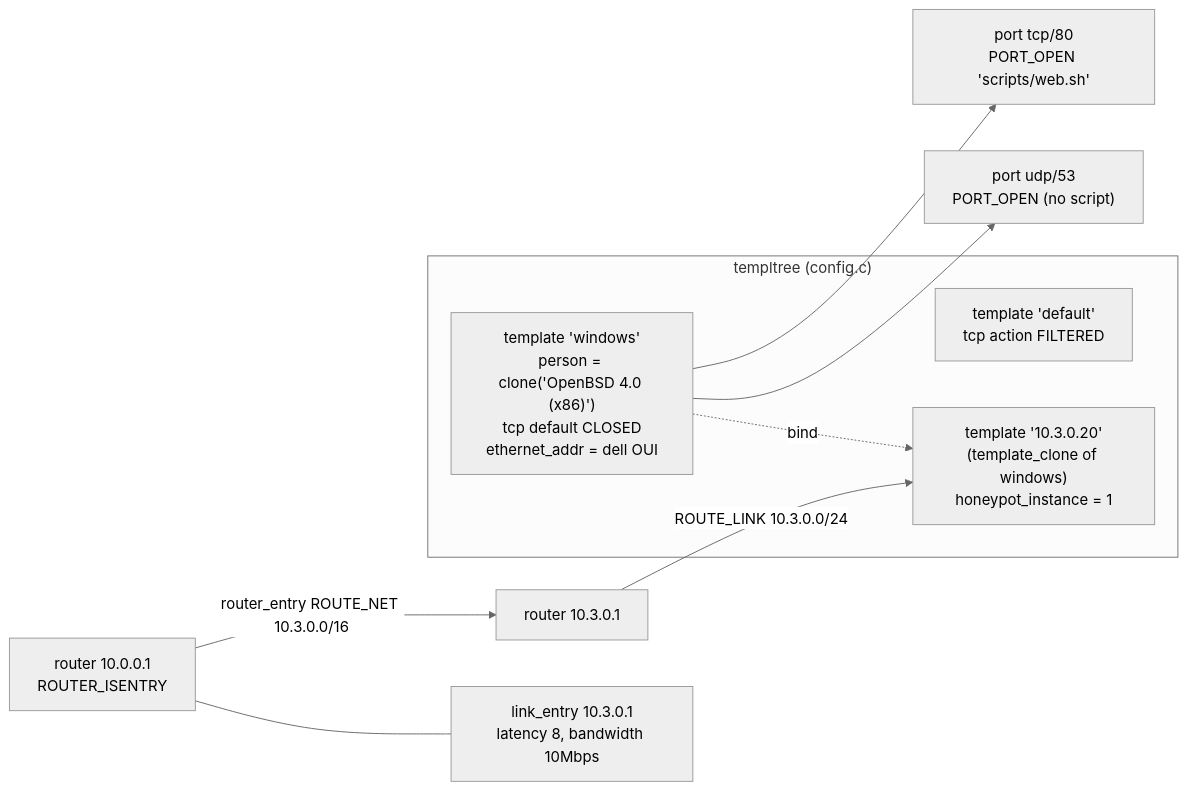
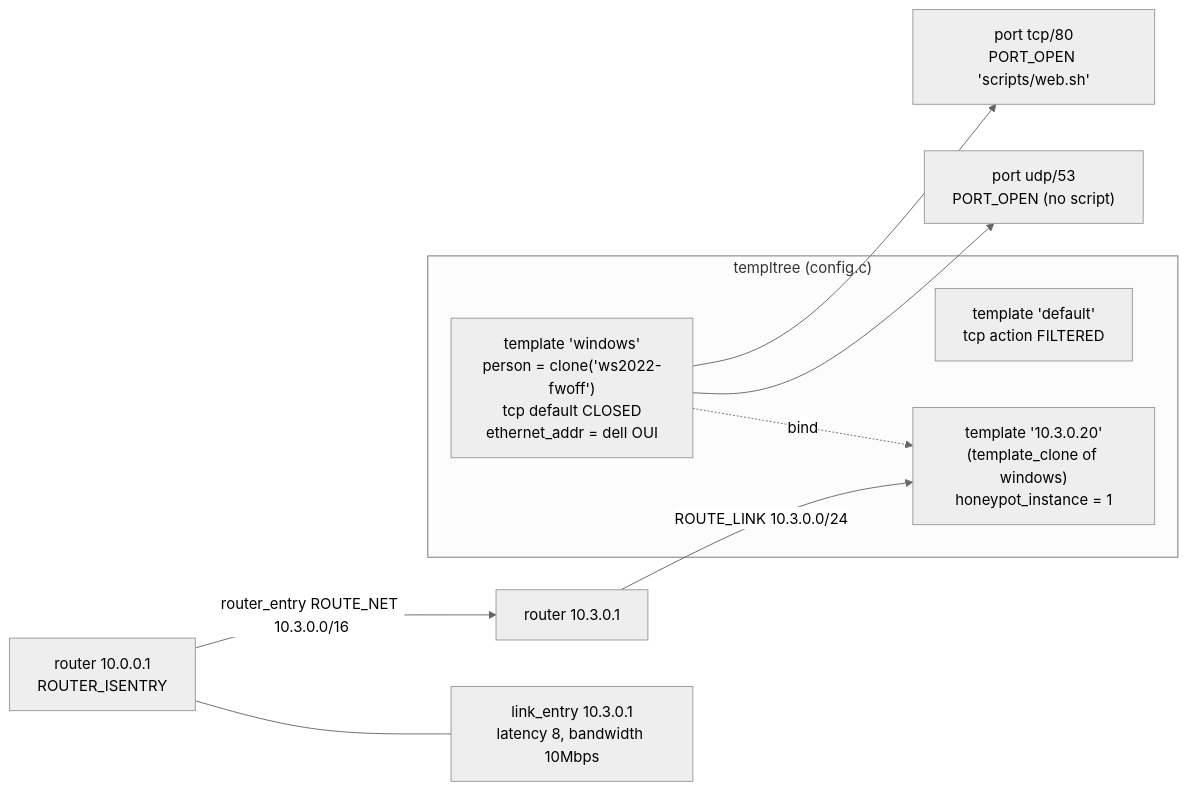
Before and after one commit to danieldejager/phantom-mirage: the diagram in docs/architecture/05-configuration.md, drawn with Mermaid (neutral theme). The commit also changed other lines of this file and 6 other files, not shown here.

````diff
--- a/docs/architecture/05-configuration.md
+++ b/docs/architecture/05-configuration.md
@@ -67,20 +67,20 @@
 ```mermaid
 flowchart LR
     subgraph templtree["templtree (config.c)"]
         def["template 'default'<br/>tcp action FILTERED"]
-        win["template 'windows'<br/>person = clone('OpenBSD 4.0 (x86)')<br/>tcp default CLOSED<br/>ethernet_addr = dell OUI"]
+        win["template 'windows'<br/>person = clone('ws2022-fwoff')<br/>tcp default CLOSED<br/>ethernet_addr = dell OUI"]
         inst["template '10.3.0.20'<br/>(template_clone of windows)<br/>honeypot_instance = 1"]
     end
     p80["port tcp/80<br/>PORT_OPEN 'scripts/web.sh'"]
     p53["port udp/53<br/>PORT_OPEN (no script)"]
     r1["router 10.0.0.1<br/>ROUTER_ISENTRY"]
     r2["router 10.3.0.1"]
     le["link_entry 10.3.0.1<br/>latency 8, bandwidth 10Mbps"]
 
     win --> p80
     win --> p53
     win -. "bind" .-> inst
     r1 -- "router_entry ROUTE_NET 10.3.0.0/16" --> r2
     r1 --- le
     r2 -- "ROUTE_LINK 10.3.0.0/24" --> inst
 ```
````
